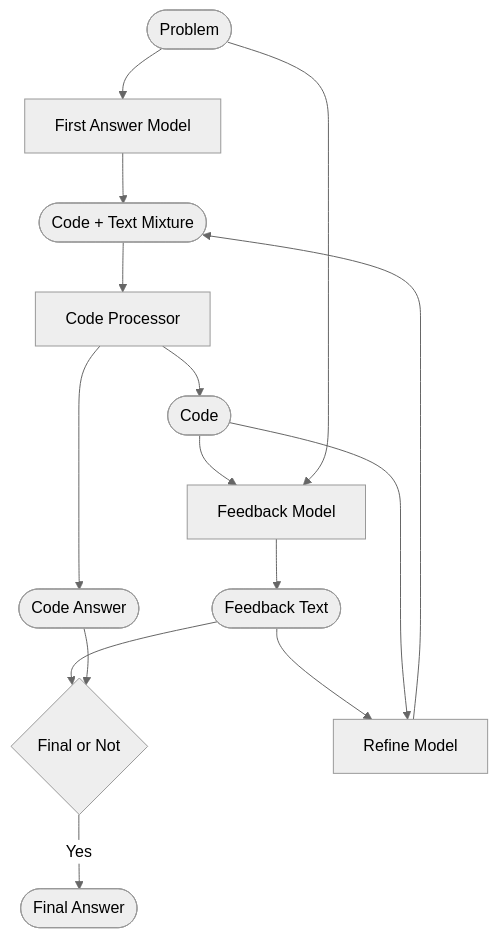
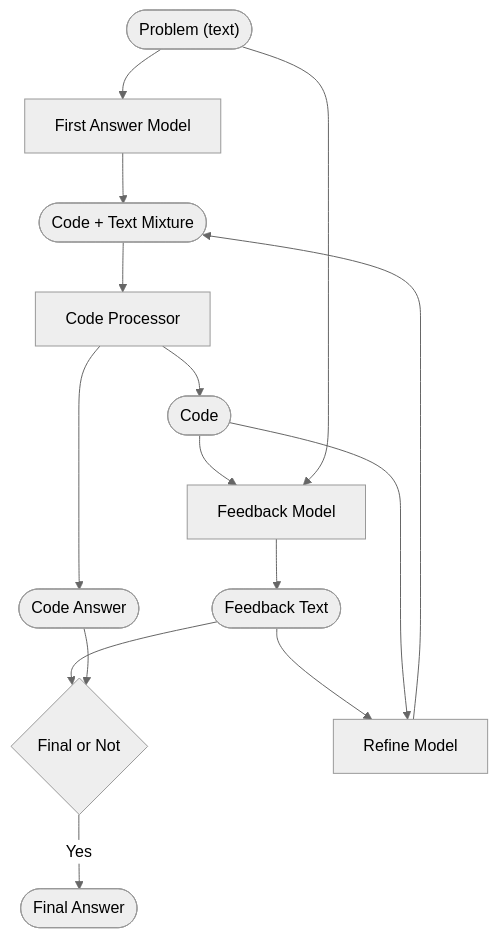
Before and after one commit to HanYuanHsu/ai-math: the diagram in readme.md, drawn with Mermaid (neutral theme). The commit also changed other lines of this file and 2 other files, not shown here.

````diff
--- a/readme.md
+++ b/readme.md
@@ -7,20 +10,20 @@
 ```mermaid
 flowchart
-    Problem([Problem]) --> FirstAnswerModel[First Answer Model]
+    Problem(["Problem (text)"]) --> FirstAnswerModel[First Answer Model]
     FirstAnswerModel --> CodeTextMixture([Code + Text Mixture])
     CodeTextMixture --> CodeProcessor[Code Processor]
     CodeProcessor --> Code([Code])
     CodeProcessor --> CodeAnswer([Code Answer])
 
     Code --> Feedback[Feedback Model]
     Problem --> Feedback
     Feedback --> FeedbackText([Feedback Text])
     FeedbackText --> IsFinal{Final or Not}
     CodeAnswer --> IsFinal
 
     FeedbackText --> Refine[Refine Model]
     Code --> Refine
     Refine --> CodeTextMixture    
     
     IsFinal -- Yes --> FinalOutput([Final Answer])
 ```
````
